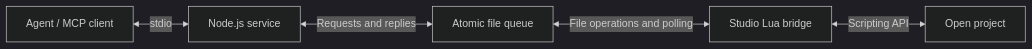
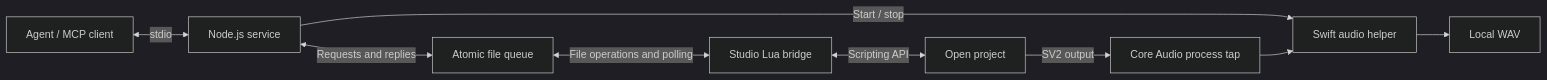
Before and after one commit to PhiLia-Ego/SVBridge4Agent: the diagram in README.md, drawn with Mermaid (dark theme). The commit also changed other lines of this file and 22 other files, not shown here.

First line of the commit message:
feat: add project editing APIs and macOS audio capture

````diff
--- a/README.md
+++ b/README.md
@@ -62,7 +89,11 @@
 ```mermaid
 flowchart LR
   Agent[Agent / MCP client] <-->|stdio| Server[Node.js service]
   Server <-->|Requests and replies| Queue[Atomic file queue]
   Queue <-->|File operations and polling| Bridge[Studio Lua bridge]
   Bridge <-->|Scripting API| Project[Open project]
+  Server -->|Start / stop| Capture[Swift audio helper]
+  Project -->|SV2 output| Tap[Core Audio process tap]
+  Tap --> Capture
+  Capture --> WAV[Local WAV]
 ```
````
